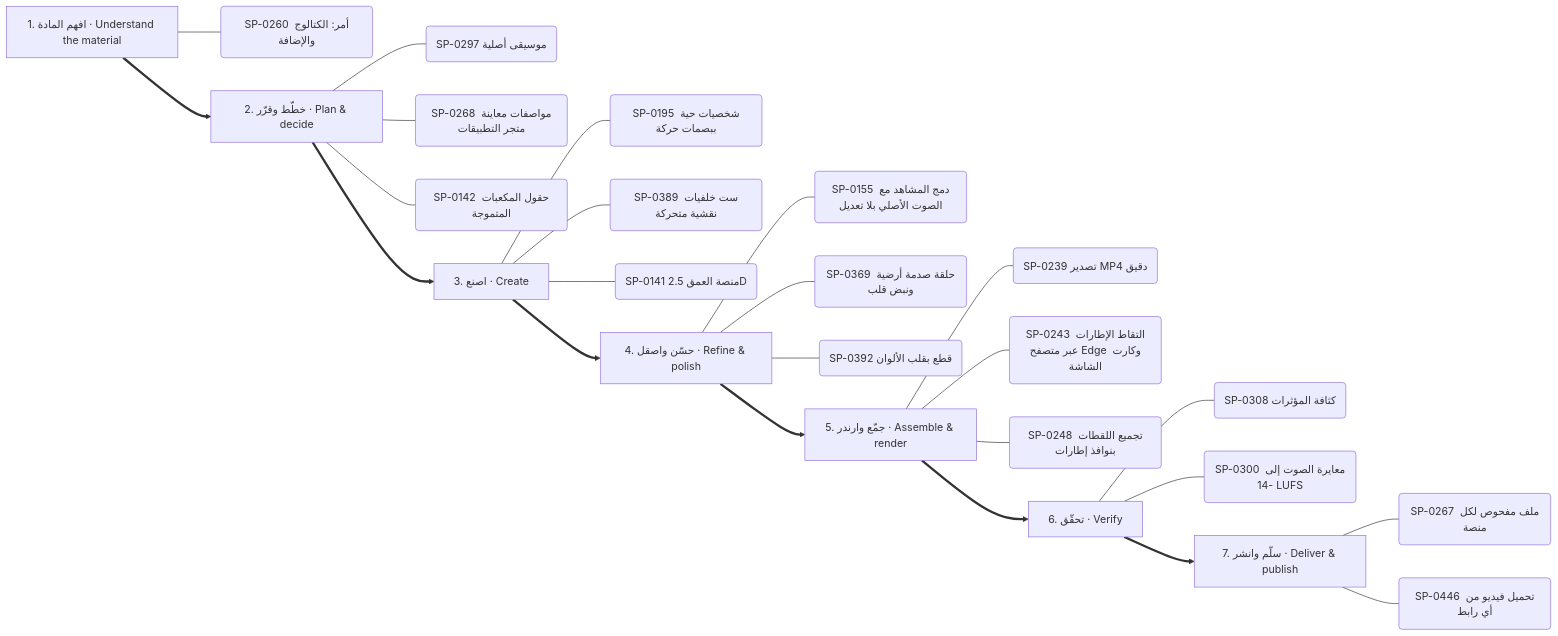
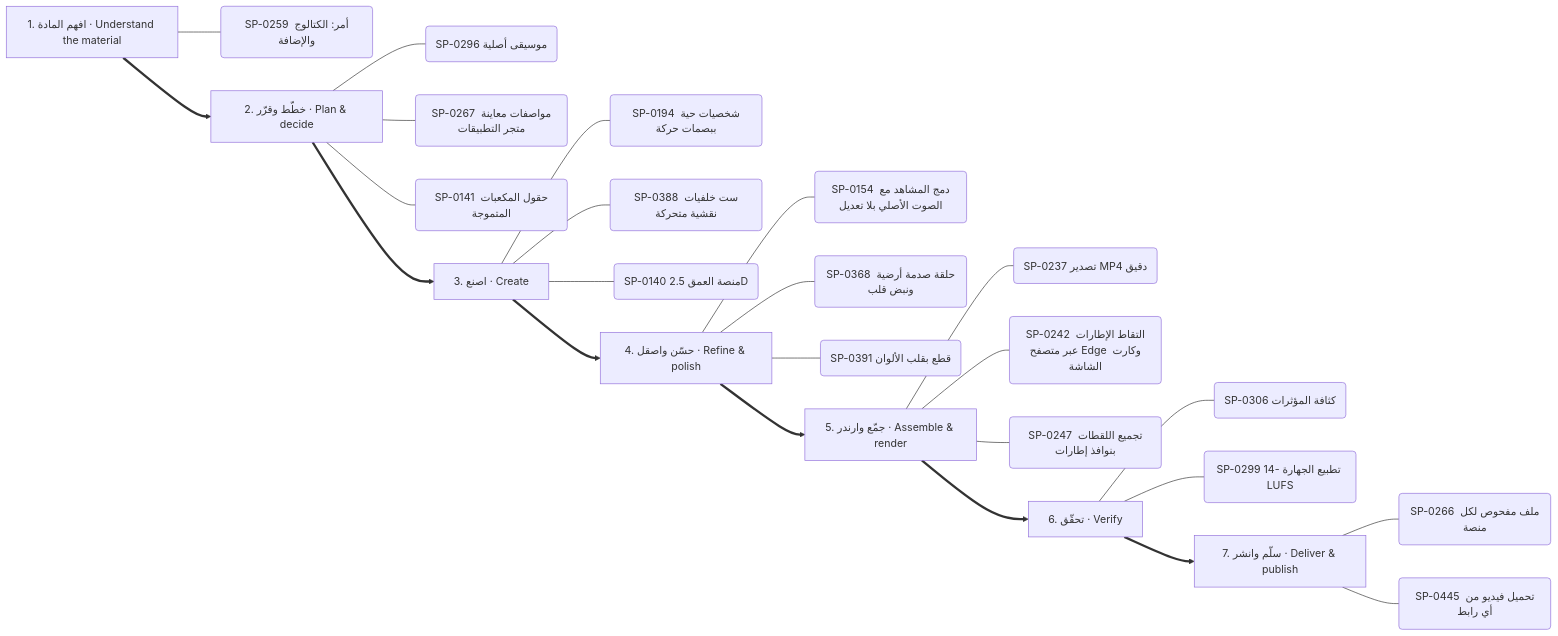
Before and after one commit to kosif199022-jpg/kosif-tool: the fourth of 13 diagrams in .claude/skills/kosif-superpowers/references/capability-mindmap.md, drawn with Mermaid. The commit also changed other lines of this file and 41 other files, not shown here.

````diff
--- a/.claude/skills/kosif-superpowers/references/capability-mindmap.md
+++ b/.claude/skills/kosif-superpowers/references/capability-mindmap.md
@@ -225,33 +226,33 @@
 ```mermaid
 flowchart LR
   S0["1. افهم المادة · Understand the material"]
-  S0 --- S0_0("SP-0260 أمر: الكتالوج والإضافة")
+  S0 --- S0_0("SP-0259 أمر: الكتالوج والإضافة")
   S1["2. خطّط وقرّر · Plan & decide"]
-  S1 --- S1_0("SP-0297 موسيقى أصلية")
-  S1 --- S1_1("SP-0268 مواصفات معاينة متجر التطبيقات")
-  S1 --- S1_2("SP-0142 حقول المكعبات المتموجة")
+  S1 --- S1_0("SP-0296 موسيقى أصلية")
+  S1 --- S1_1("SP-0267 مواصفات معاينة متجر التطبيقات")
+  S1 --- S1_2("SP-0141 حقول المكعبات المتموجة")
   S0 ==> S1
   S2["3. اصنع · Create"]
-  S2 --- S2_0("SP-0195 شخصيات حية ببصمات حركة")
-  S2 --- S2_1("SP-0389 ست خلفيات نقشية متحركة")
-  S2 --- S2_2("SP-0141 منصة العمق 2.5D")
+  S2 --- S2_0("SP-0194 شخصيات حية ببصمات حركة")
+  S2 --- S2_1("SP-0388 ست خلفيات نقشية متحركة")
+  S2 --- S2_2("SP-0140 منصة العمق 2.5D")
   S1 ==> S2
   S3["4. حسّن واصقل · Refine & polish"]
-  S3 --- S3_0("SP-0155 دمج المشاهد مع الصوت الأصلي بلا تعديل")
-  S3 --- S3_1("SP-0369 حلقة صدمة أرضية ونبض قلب")
-  S3 --- S3_2("SP-0392 قطع بقلب الألوان")
+  S3 --- S3_0("SP-0154 دمج المشاهد مع الصوت الأصلي بلا تعديل")
+  S3 --- S3_1("SP-0368 حلقة صدمة أرضية ونبض قلب")
+  S3 --- S3_2("SP-0391 قطع بقلب الألوان")
   S2 ==> S3
   S4["5. جمّع وارندر · Assemble & render"]
-  S4 --- S4_0("SP-0239 تصدير MP4 دقيق")
-  S4 --- S4_1("SP-0243 التقاط الإطارات عبر متصفح Edge وكارت الشاشة")
-  S4 --- S4_2("SP-0248 تجميع اللقطات بنوافذ إطارات")
+  S4 --- S4_0("SP-0237 تصدير MP4 دقيق")
+  S4 --- S4_1("SP-0242 التقاط الإطارات عبر متصفح Edge وكارت الشاشة")
+  S4 --- S4_2("SP-0247 تجميع اللقطات بنوافذ إطارات")
   S3 ==> S4
   S5["6. تحقّق · Verify"]
-  S5 --- S5_0("SP-0308 كثافة المؤثرات")
-  S5 --- S5_1("SP-0300 معايرة الصوت إلى -14 LUFS")
+  S5 --- S5_0("SP-0306 كثافة المؤثرات")
+  S5 --- S5_1("SP-0299 تطبيع الجهارة -14 LUFS")
   S4 ==> S5
   S6["7. سلّم وانشر · Deliver & publish"]
-  S6 --- S6_0("SP-0267 ملف مفحوص لكل منصة")
-  S6 --- S6_1("SP-0446 تحميل فيديو من أي رابط")
+  S6 --- S6_0("SP-0266 ملف مفحوص لكل منصة")
+  S6 --- S6_1("SP-0445 تحميل فيديو من أي رابط")
   S5 ==> S6
 ```
````
